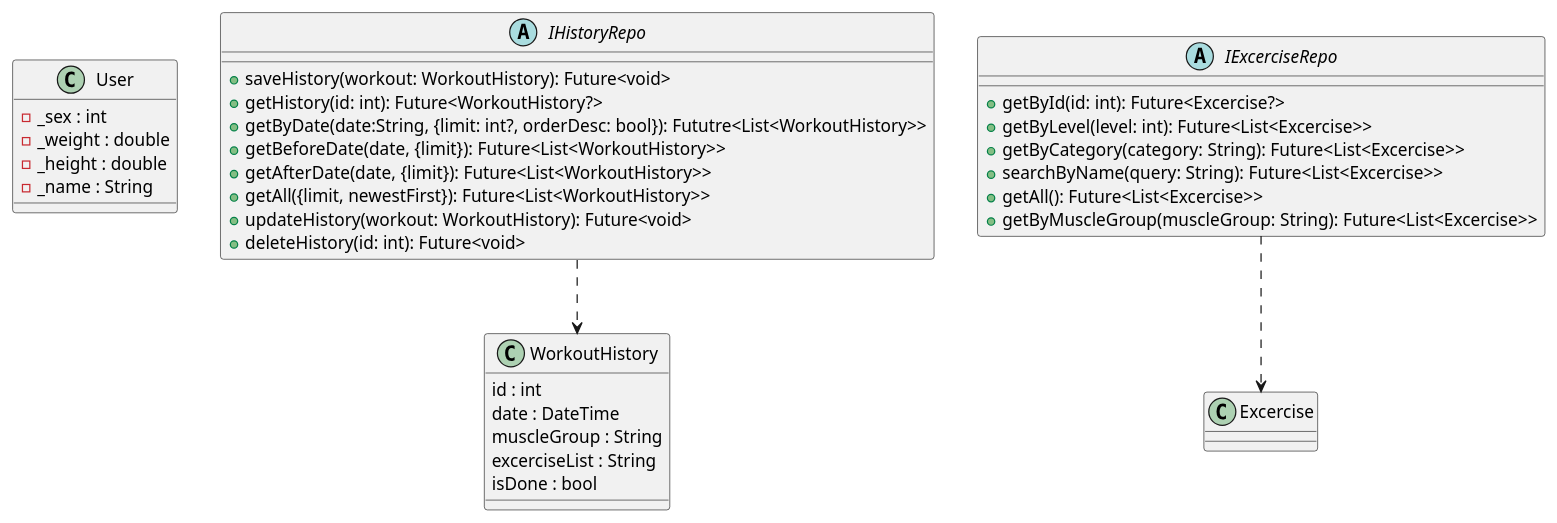
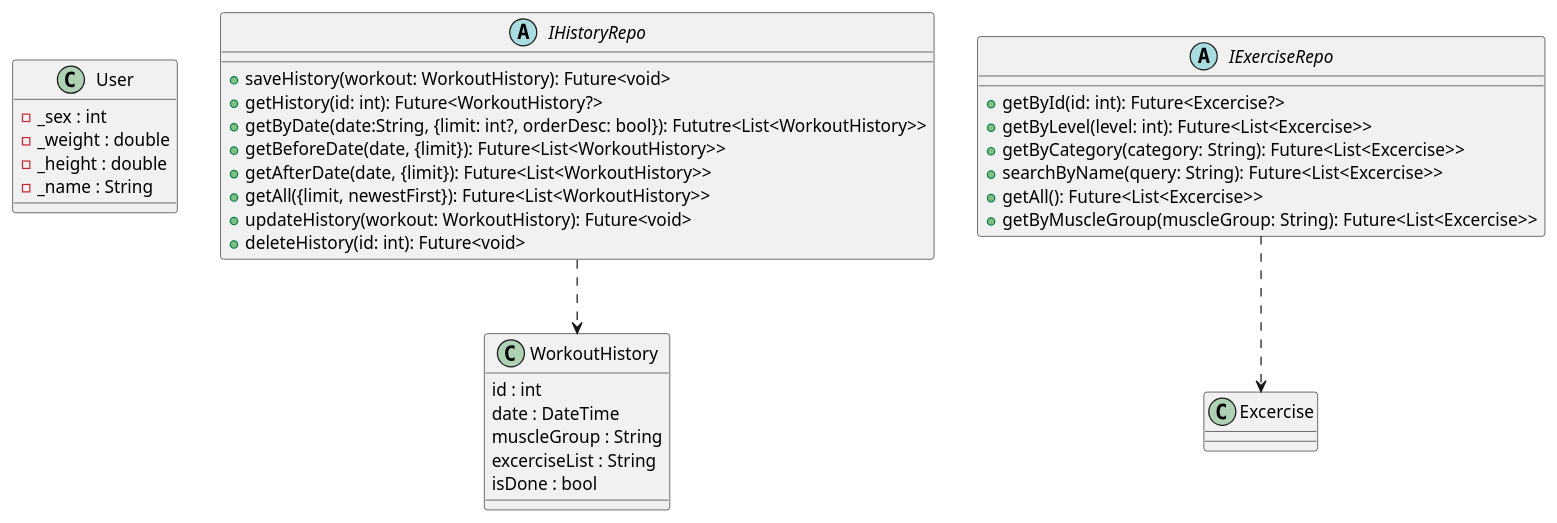
One commit to KATTSS/Workout_planner changed the diagram in user_workout.puml. Above: the diagram before and after it, drawn with PlantUML. The commit also changed 12 other files, not shown here.

```diff
--- a/user_workout.puml
+++ b/user_workout.puml
@@ -1,42 +1,42 @@
 @startuml UserWorkout
 
 class User {
     - _sex : int 
     - _weight : double 
     - _height : double 
     - _name : String 
 }
 
 class WorkoutHistory {
     id : int
     date : DateTime 
     muscleGroup : String
     excerciseList : String
     isDone : bool 
 }
 
 abstract class IHistoryRepo {
     + saveHistory(workout: WorkoutHistory): Future<void>
     + getHistory(id: int): Future<WorkoutHistory?>
     + getByDate(date:String, {limit: int?, orderDesc: bool}): Fututre<List<WorkoutHistory>>
     + getBeforeDate(date, {limit}): Future<List<WorkoutHistory>>
     + getAfterDate(date, {limit}): Future<List<WorkoutHistory>>
     + getAll({limit, newestFirst}): Future<List<WorkoutHistory>>
     + updateHistory(workout: WorkoutHistory): Future<void>
     + deleteHistory(id: int): Future<void>
     
 }
 
-abstract class IExcerciseRepo {
+abstract class IExerciseRepo {
     + getById(id: int): Future<Excercise?>
     + getByLevel(level: int): Future<List<Excercise>>
     + getByCategory(category: String): Future<List<Excercise>>
     + searchByName(query: String): Future<List<Excercise>>
     + getAll(): Future<List<Excercise>>
     + getByMuscleGroup(muscleGroup: String): Future<List<Excercise>>
 }
 
 IHistoryRepo ..> WorkoutHistory
-IExcerciseRepo ..> Excercise
+IExerciseRepo ..> Excercise
 
 @enduml
```
